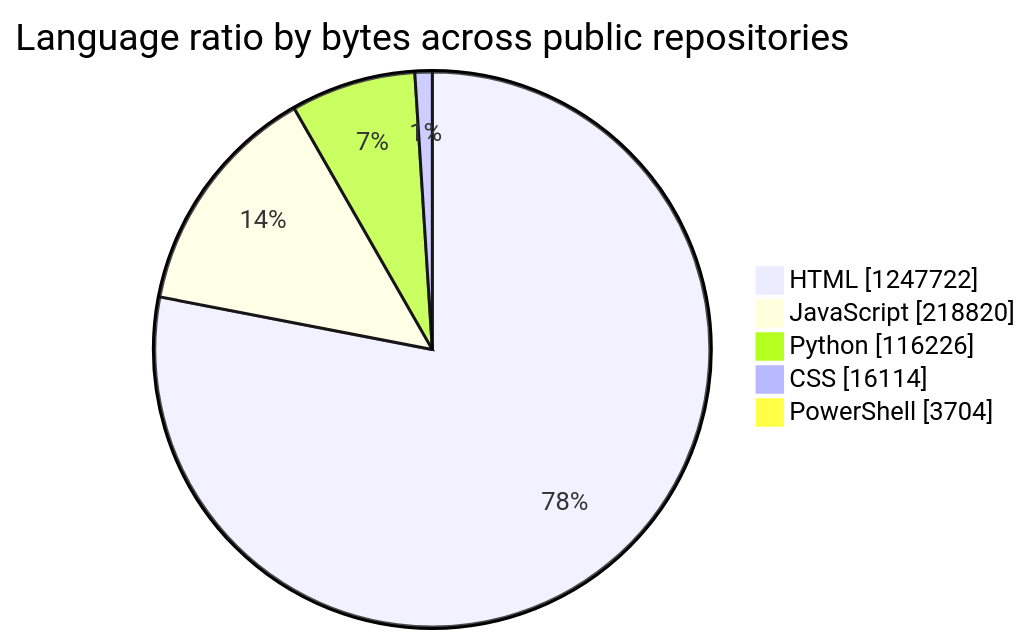
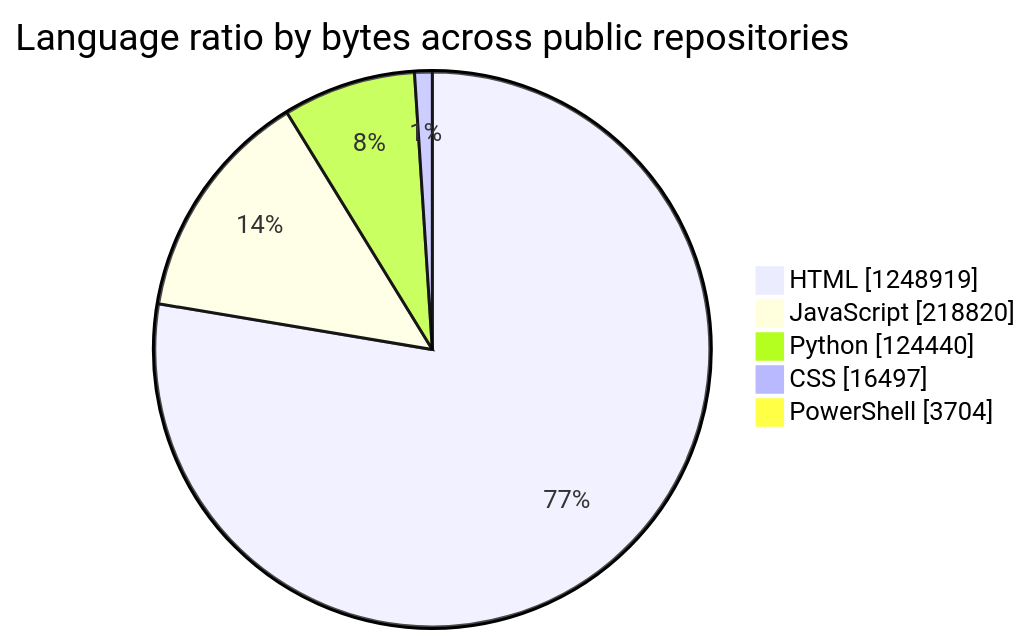
One commit to tchinso/tchinso changed the first of 2 diagrams in README.md. Above: the diagram before and after it, drawn with Mermaid. The commit also changed other lines of this file, not shown here.

````diff
--- a/README.md
+++ b/README.md
@@ -21,9 +21,9 @@
 ```mermaid
 pie showData
     title Language ratio by bytes across public repositories
-    "HTML" : 1247722
+    "HTML" : 1248919
     "JavaScript" : 218820
-    "Python" : 116226
-    "CSS" : 16114
+    "Python" : 124440
+    "CSS" : 16497
     "PowerShell" : 3704
 ```
````
